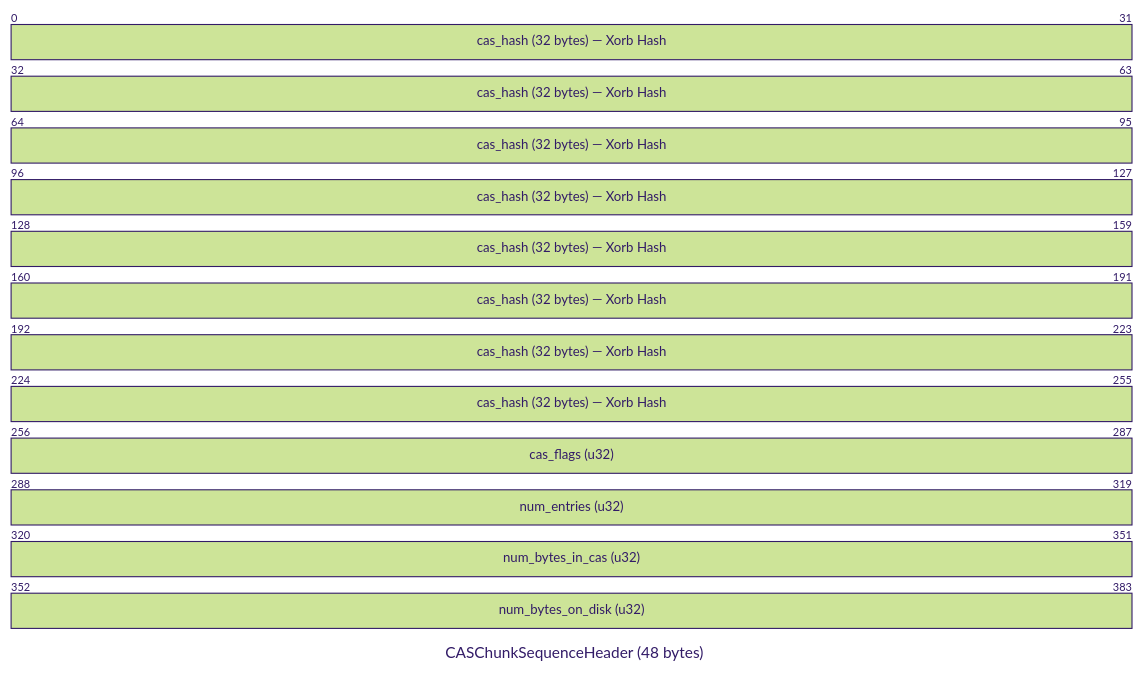
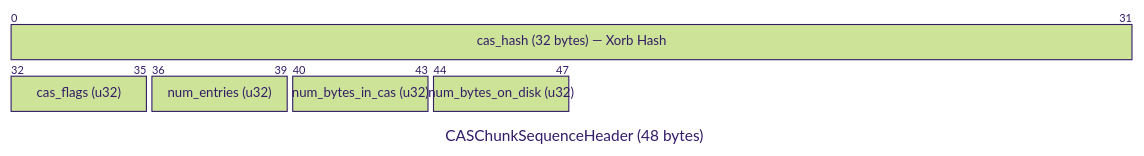
The sixth of 8 diagrams in docs/xet/shard.md (huggingface/hub-docs), drawn with Mermaid (forest theme) before and after one commit. The commit also changed other lines of this file and 1 other file, not shown here.

First line of the commit message:
Switch packet diagrams to byte-level addressing for readability

````diff
--- a/docs/xet/shard.md
+++ b/docs/xet/shard.md
@@ -394,11 +394,11 @@
 ```mermaid
 ---
 title: "CASChunkSequenceHeader (48 bytes)"
 ---
 packet
-  0-255: "cas_hash (32 bytes) — Xorb Hash"
-  256-287: "cas_flags (u32)"
-  288-319: "num_entries (u32)"
-  320-351: "num_bytes_in_cas (u32)"
-  352-383: "num_bytes_on_disk (u32)"
+  0-31: "cas_hash (32 bytes) — Xorb Hash"
+  32-35: "cas_flags (u32)"
+  36-39: "num_entries (u32)"
+  40-43: "num_bytes_in_cas (u32)"
+  44-47: "num_bytes_on_disk (u32)"
 ```
````
